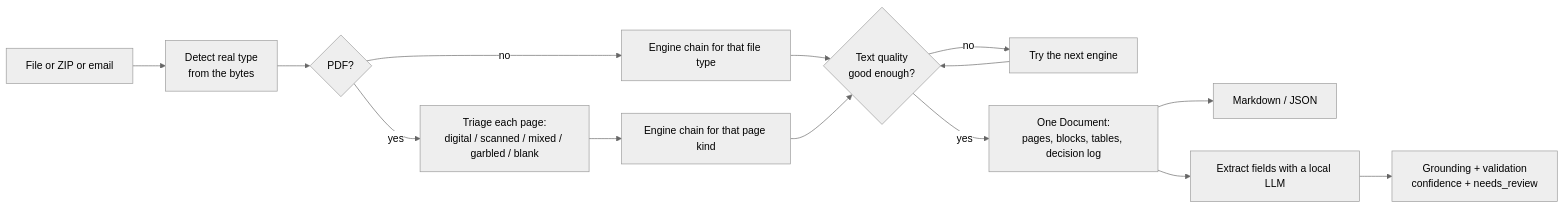
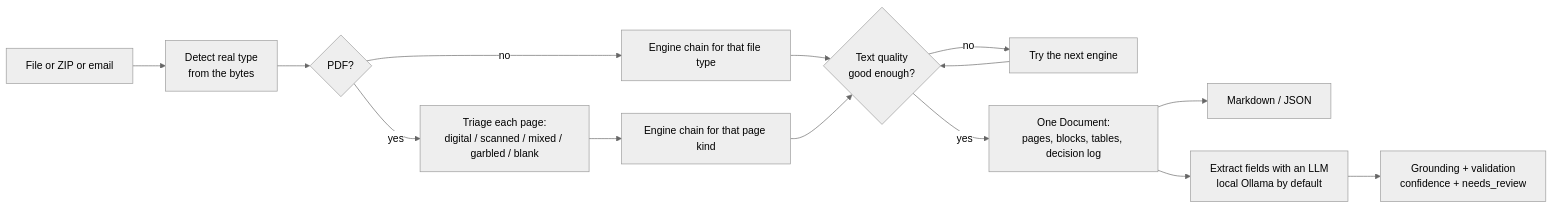
Before and after one commit to alphindas/DoctorDoc: the diagram in README.md, drawn with Mermaid (neutral theme). The commit also changed other lines of this file and 1 other file, not shown here.

First line of the commit message:
Docs: replace "fully local by default" with what is true

````diff
--- a/README.md
+++ b/README.md
@@ -147,16 +152,16 @@
 ```mermaid
 flowchart LR
     F[File or ZIP or email] --> D[Detect real type<br/>from the bytes]
     D --> T{PDF?}
     T -- yes --> TR[Triage each page:<br/>digital / scanned / mixed / garbled / blank]
     T -- no --> C1[Engine chain for that file type]
     TR --> C2[Engine chain for that page kind]
     C1 --> Q{Text quality<br/>good enough?}
     C2 --> Q
     Q -- no --> N[Try the next engine]
     N --> Q
     Q -- yes --> DOC[One Document:<br/>pages, blocks, tables, decision log]
     DOC --> MD[Markdown / JSON]
-    DOC --> EX[Extract fields with a local LLM]
+    DOC --> EX[Extract fields with an LLM<br/>local Ollama by default]
     EX --> GR[Grounding + validation<br/>confidence + needs_review]
 ```
````
